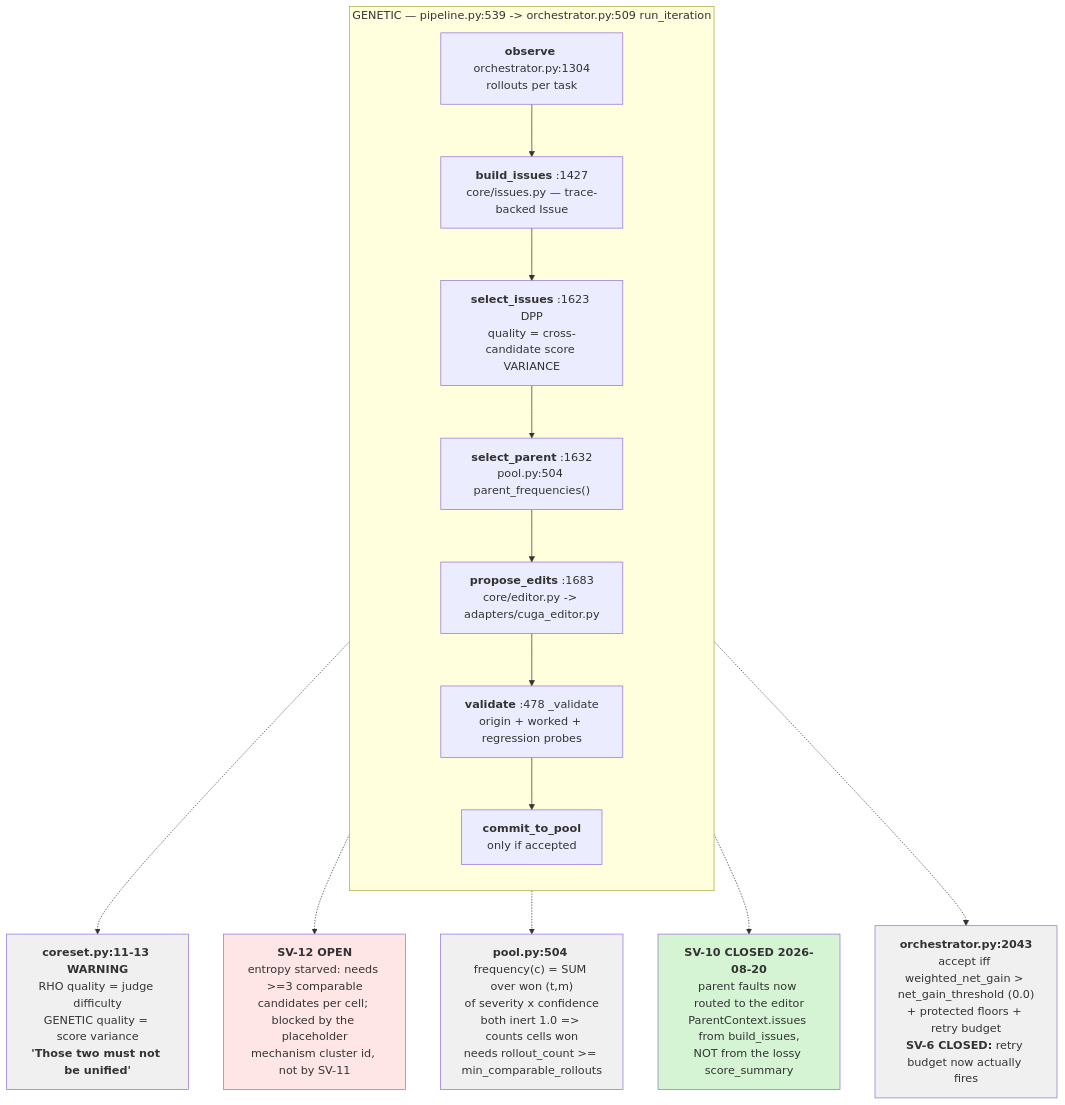
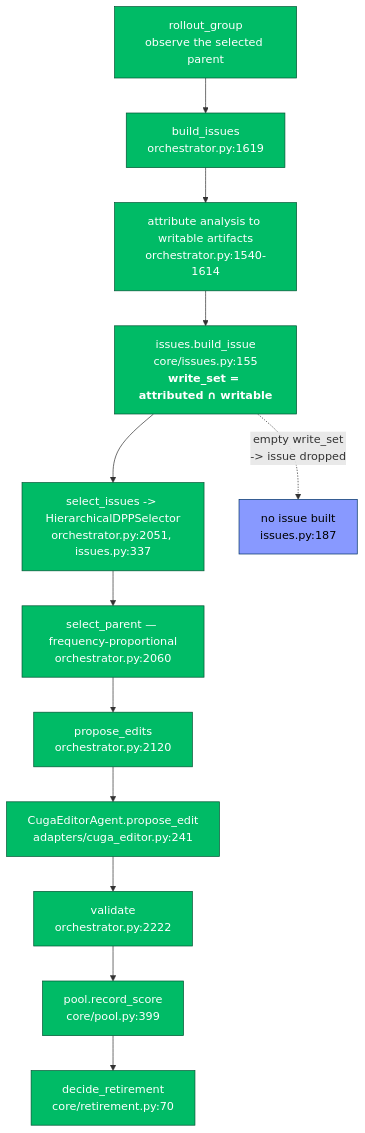
The third of 8 diagrams in docs/architecture/IMPLEMENTED-PIPELINE-MAP.md (one-little-step/AgentEvolve), drawn with Mermaid before and after one commit. The commit also changed other lines of this file and 8 other files, not shown here.

````diff
--- a/docs/architecture/IMPLEMENTED-PIPELINE-MAP.md
+++ b/docs/architecture/IMPLEMENTED-PIPELINE-MAP.md
@@ -147,26 +127,20 @@
 ```mermaid
 flowchart TB
-    subgraph GENETIC["GENETIC — pipeline.py:539 -> orchestrator.py:509 run_iteration"]
-      direction TB
-      G1["<b>observe</b> orchestrator.py:1304<br/>rollouts per task"]
-      G2["<b>build_issues</b> :1427<br/>core/issues.py — trace-backed Issue"]
-      G3["<b>select_issues</b> :1623 DPP<br/>quality = cross-candidate score VARIANCE"]
-      G4["<b>select_parent</b> :1632<br/>pool.py:504 parent_frequencies()"]
-      G5["<b>propose_edits</b> :1683<br/>core/editor.py -> adapters/cuga_editor.py"]
-      G6["<b>validate</b> :478 _validate<br/>origin + worked + regression probes"]
-      G7["<b>commit_to_pool</b><br/>only if accepted"]
-      G1-->G2-->G3-->G4-->G5-->G6-->G7
-    end
+    OBS["rollout_group<br/>observe the selected parent"]:::live
+    BI["build_issues<br/>orchestrator.py:1619"]:::live
+    ATTR["attribute analysis to writable artifacts<br/>orchestrator.py:1540-1614"]:::live
+    BLD["issues.build_issue<br/>core/issues.py:155<br/><b>write_set = attributed ∩ writable</b>"]:::live
+    SEL["select_issues -> HierarchicalDPPSelector<br/>orchestrator.py:2051, issues.py:337"]:::live
+    PAR["select_parent — frequency-proportional<br/>orchestrator.py:2060"]:::live
+    PROP["propose_edits<br/>orchestrator.py:2120"]:::live
+    ED["CugaEditorAgent.propose_edit<br/>adapters/cuga_editor.py:241"]:::live
+    VAL["validate<br/>orchestrator.py:2222"]:::live
+    POOL["pool.record_score<br/>core/pool.py:399"]:::live
+    RET["decide_retirement<br/>core/retirement.py:70"]:::live
 
-    G3 -.-> FG3["<b>coreset.py:11-13 WARNING</b><br/>RHO quality = judge difficulty<br/>GENETIC quality = score variance<br/><b>'Those two must not be unified'</b>"]
-    G3 -.-> SV12["<b>SV-12 OPEN</b><br/>entropy starved: needs >=3 comparable<br/>candidates per cell; blocked by the placeholder<br/>mechanism cluster id, not by SV-11"]
-    G4 -.-> FG4["<b>pool.py:504</b> frequency(c) = SUM over won (t,m)<br/>of severity x confidence<br/>both inert 1.0 => counts cells won<br/>needs rollout_count >= min_comparable_rollouts"]
-    G5 -.-> SV10["<b>SV-10 CLOSED 2026-08-20</b><br/>parent faults now routed to the editor<br/>ParentContext.issues from build_issues,<br/>NOT from the lossy score_summary"]
-    G6 -.-> FG6["<b>orchestrator.py:2043</b><br/>accept iff weighted_net_gain > net_gain_threshold (0.0)<br/>+ protected floors + retry budget<br/><b>SV-6 CLOSED:</b> retry budget now actually fires"]
+    OBS --> BI --> ATTR --> BLD --> SEL --> PAR --> PROP --> ED --> VAL --> POOL --> RET
+    BLD -.->|"empty write_set<br/>-> issue dropped"| DROP["no issue built<br/>issues.py:187"]:::gated
 
-    style FG3 fill:#f0f0f0
-    style FG4 fill:#f0f0f0
-    style FG6 fill:#f0f0f0
-    style SV10 fill:#d4f4d4
-    style SV12 fill:#ffe6e6
+    classDef live fill:#0b6,stroke:#053,color:#fff
+    classDef gated fill:#89f,stroke:#036,color:#000
 ```
````
